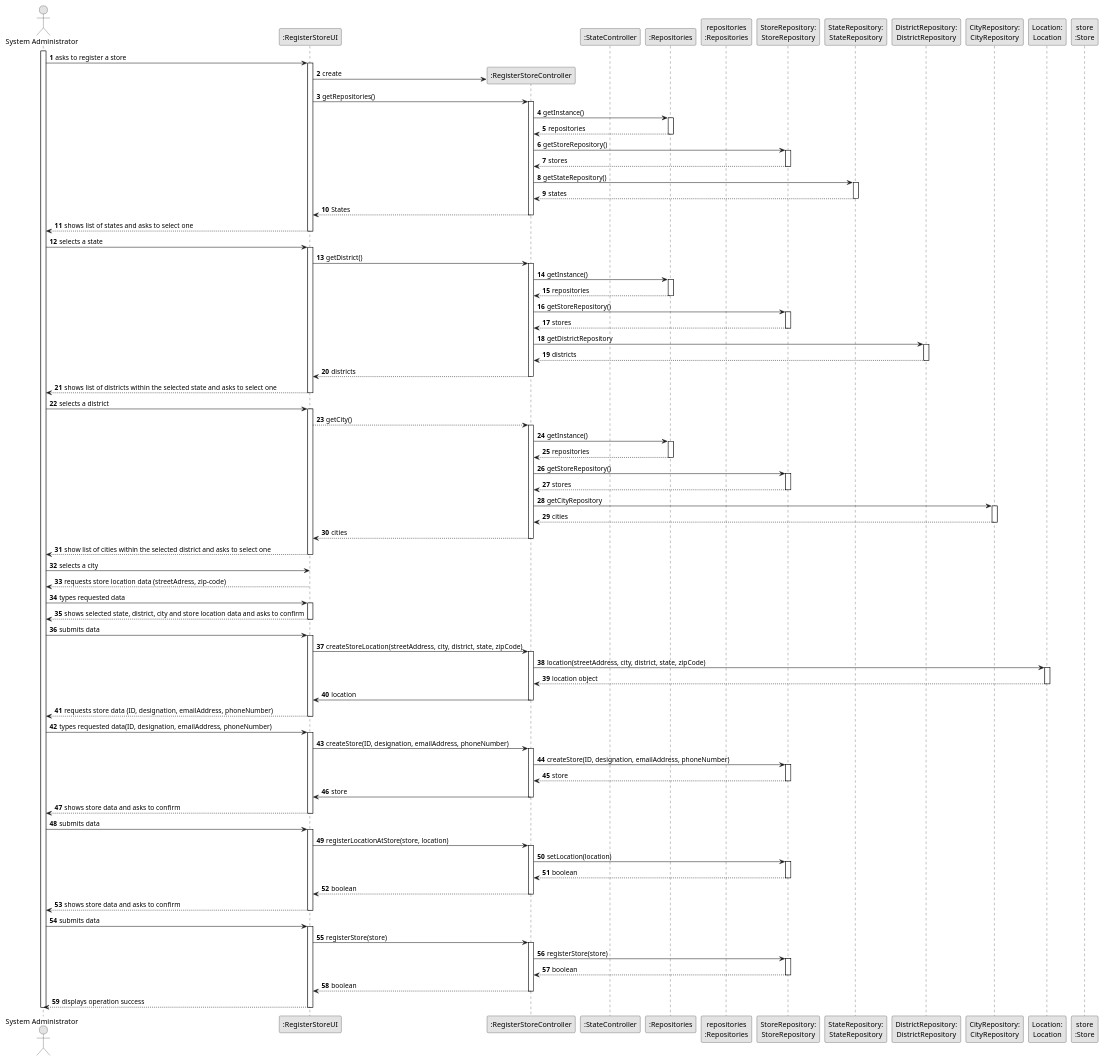
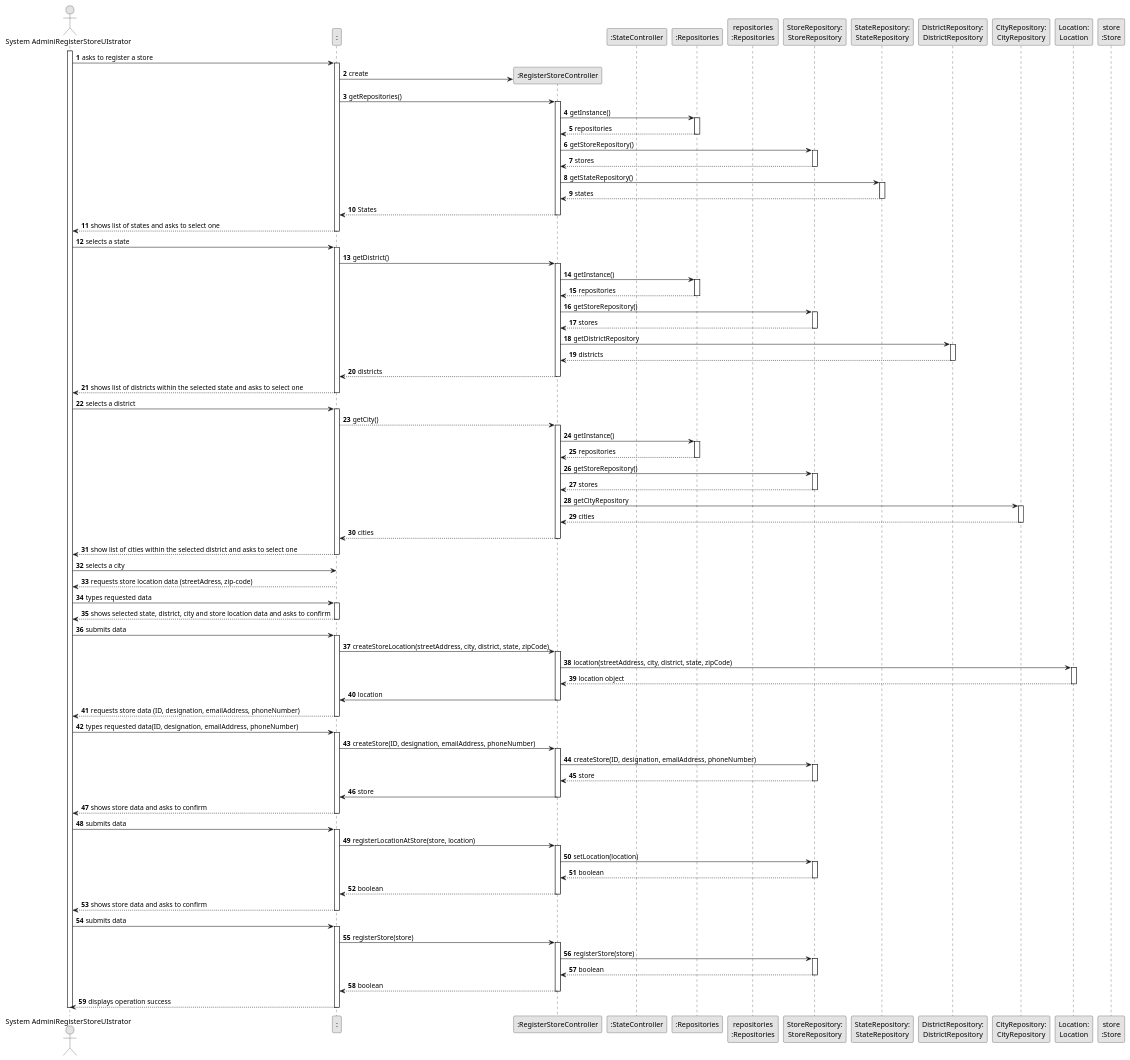
The diagram in docs/sprintC/us005/03.design/puml/us005-sequence-diagram-full.puml (1220812/LAPR2), drawn with PlantUML before and after one commit. The commit also changed 1 other file, not shown here.

Commit message:
Corrected class diagram and sequence diagram full from us005.

```diff
--- a/docs/sprintC/us005/03.design/puml/us005-sequence-diagram-full.puml
+++ b/docs/sprintC/us005/03.design/puml/us005-sequence-diagram-full.puml
@@ -6,8 +6,8 @@
 autonumber
 
 'hide footbox
-actor "System Administrator" as ADM
-participant ":RegisterStoreUI" as UI
+actor "System AdminiRegisterStoreUIstrator" as ADM
+participant ":" as UI
 participant ":RegisterStoreController" as STRCTRL
 participant ":StateController" as STCTRL
 participant ":Repositories" as RepositorySingleton
```
